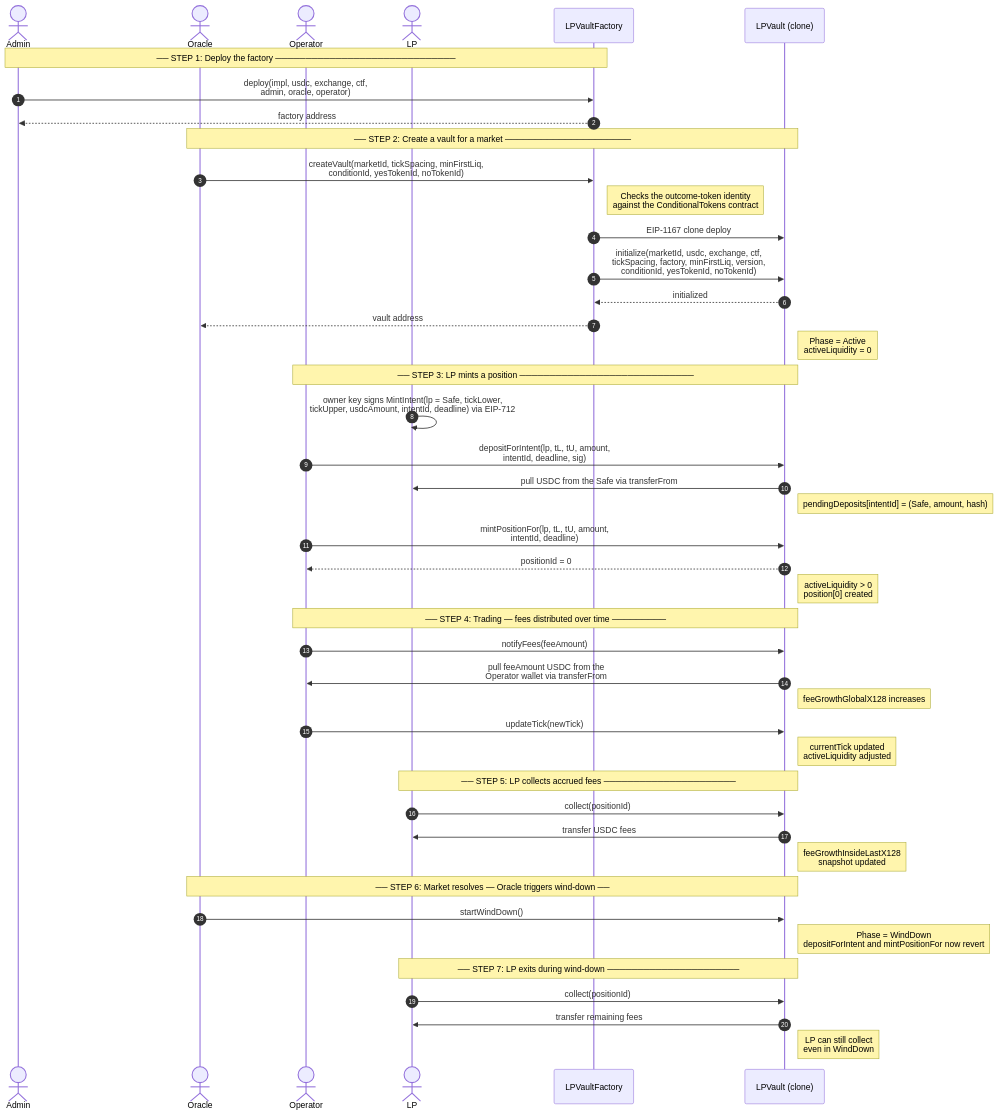
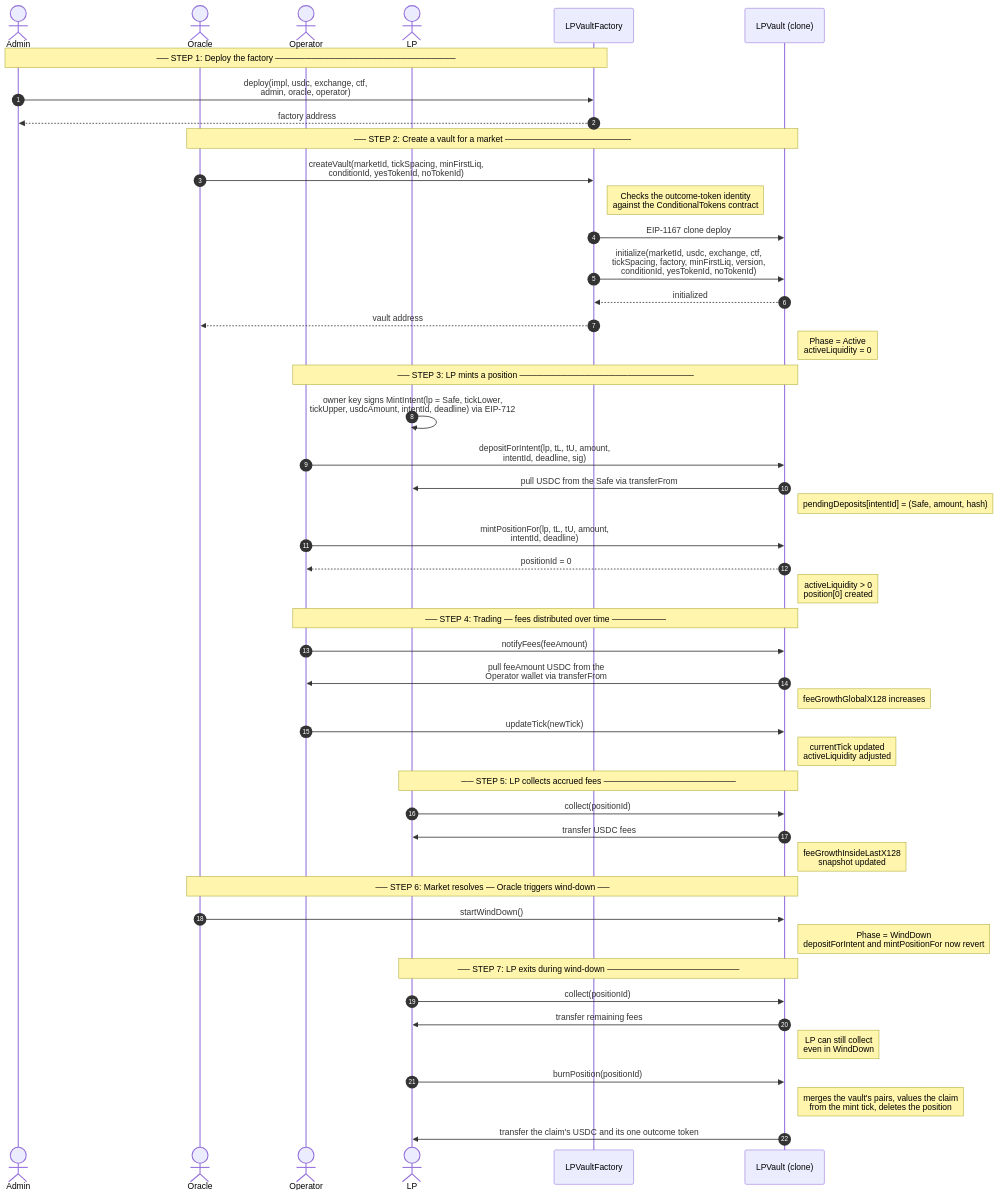
The second of 14 diagrams in FLOWS.md (ProphetMarket/lp-vaults), drawn with Mermaid before and after one commit. The commit also changed other lines of this file and 3 other files, not shown here.

````diff
--- a/FLOWS.md
+++ b/FLOWS.md
@@ -41,53 +41,56 @@
 ```mermaid
 sequenceDiagram
     autonumber
     actor Admin
     actor Oracle
     actor Operator
     actor LP
     participant Factory as LPVaultFactory
     participant Vault as LPVault (clone)
 
     Note over Admin,Factory: ── STEP 1: Deploy the factory ──────────────────────────────
     Admin->>Factory: deploy(impl, usdc, exchange, ctf,<br/>admin, oracle, operator)
     Factory-->>Admin: factory address
 
     Note over Oracle,Vault: ── STEP 2: Create a vault for a market ─────────────────────
     Oracle->>Factory: createVault(marketId, tickSpacing, minFirstLiq,<br/>conditionId, yesTokenId, noTokenId)
     Note right of Factory: Checks the outcome-token identity<br/>against the ConditionalTokens contract
     Factory->>Vault: EIP-1167 clone deploy
     Factory->>Vault: initialize(marketId, usdc, exchange, ctf,<br/>tickSpacing, factory, minFirstLiq, version,<br/>conditionId, yesTokenId, noTokenId)
     Vault-->>Factory: initialized
     Factory-->>Oracle: vault address
     Note right of Vault: Phase = Active<br/>activeLiquidity = 0
 
     Note over Operator,Vault: ── STEP 3: LP mints a position ─────────────────────────────
     LP->>LP: owner key signs MintIntent(lp = Safe, tickLower,<br/>tickUpper, usdcAmount, intentId, deadline) via EIP-712
     Operator->>Vault: depositForIntent(lp, tL, tU, amount,<br/>intentId, deadline, sig)
     Vault->>LP: pull USDC from the Safe via transferFrom
     Note right of Vault: pendingDeposits[intentId] = (Safe, amount, hash)
     Operator->>Vault: mintPositionFor(lp, tL, tU, amount,<br/>intentId, deadline)
     Vault-->>Operator: positionId = 0
     Note right of Vault: activeLiquidity > 0<br/>position[0] created
 
     Note over Operator,Vault: ── STEP 4: Trading — fees distributed over time ─────────
     Operator->>Vault: notifyFees(feeAmount)
     Vault->>Operator: pull feeAmount USDC from the<br/>Operator wallet via transferFrom
     Note right of Vault: feeGrowthGlobalX128 increases
     Operator->>Vault: updateTick(newTick)
     Note right of Vault: currentTick updated<br/>activeLiquidity adjusted
 
     Note over LP,Vault: ── STEP 5: LP collects accrued fees ──────────────────────
     LP->>Vault: collect(positionId)
     Vault->>LP: transfer USDC fees
     Note right of Vault: feeGrowthInsideLastX128<br/>snapshot updated
 
     Note over Oracle,Vault: ── STEP 6: Market resolves — Oracle triggers wind-down ──
     Oracle->>Vault: startWindDown()
     Note right of Vault: Phase = WindDown<br/>depositForIntent and mintPositionFor now revert
 
     Note over LP,Vault: ── STEP 7: LP exits during wind-down ──────────────────────
     LP->>Vault: collect(positionId)
     Vault->>LP: transfer remaining fees
     Note right of Vault: LP can still collect<br/>even in WindDown
+    LP->>Vault: burnPosition(positionId)
+    Note right of Vault: merges the vault's pairs, values the claim<br/>from the mint tick, deletes the position
+    Vault->>LP: transfer the claim's USDC and its one outcome token
 ```
````
